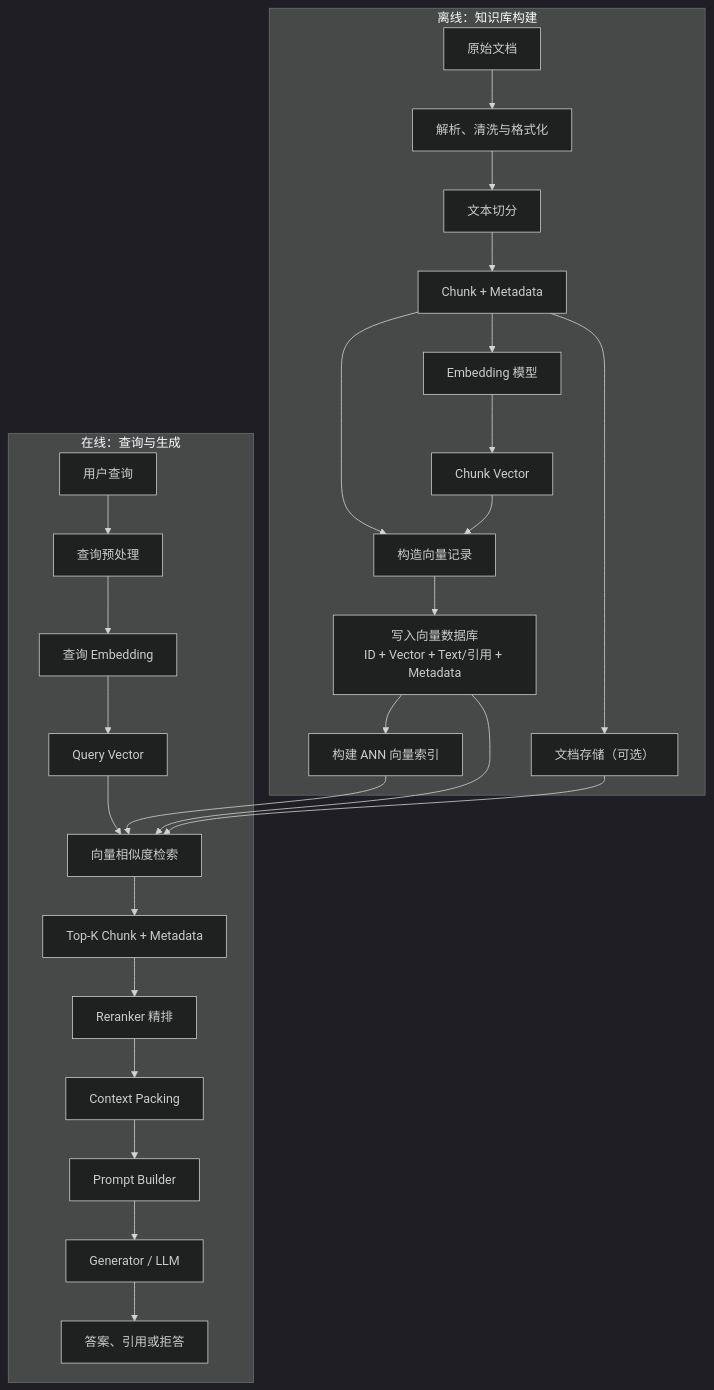
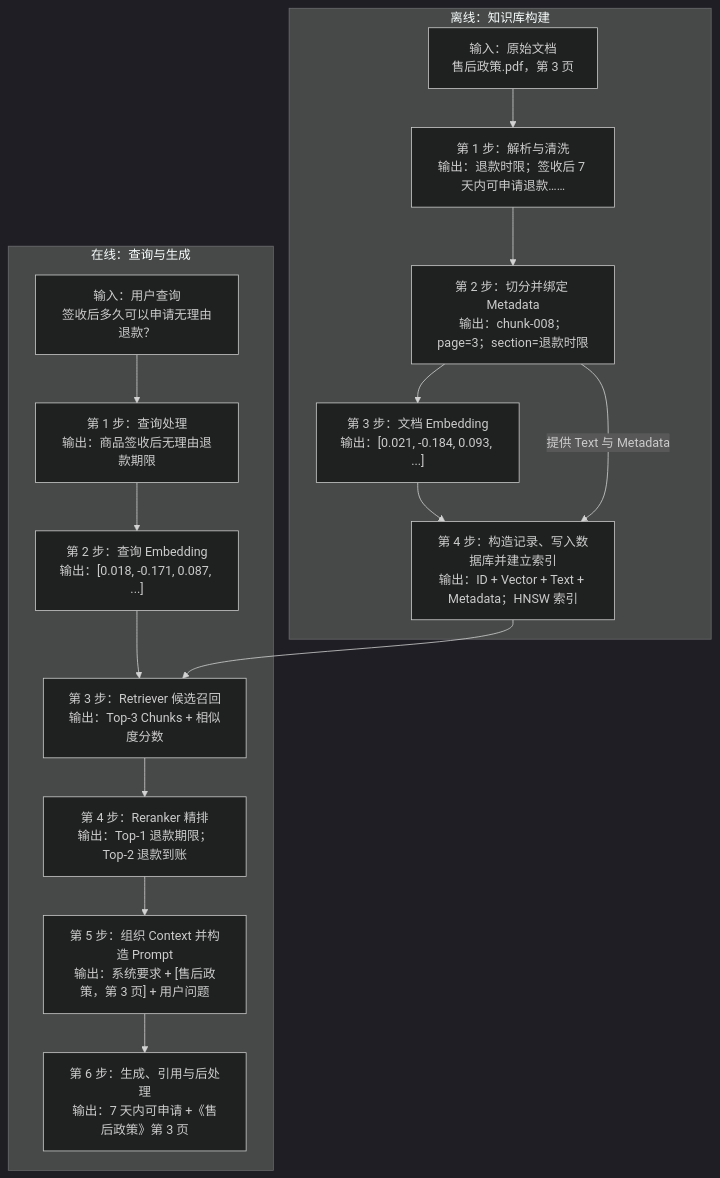
Before and after one commit to hitbug-11/RAG: the second of 3 diagrams in notes/01-rag-data-flow.md, drawn with Mermaid (dark theme).

Commit message:
docs: add data examples to RAG flowchart

````diff
--- a/notes/01-rag-data-flow.md
+++ b/notes/01-rag-data-flow.md
@@ -67,36 +67,27 @@
 ```mermaid
 flowchart TB
     subgraph OFFLINE["离线：知识库构建"]
-        D["原始文档"] --> P["解析、清洗与格式化"]
-        P --> C["文本切分"]
-        C --> CM["Chunk + Metadata"]
+        D["输入：原始文档<br/>售后政策.pdf，第 3 页"]
+        P["第 1 步：解析与清洗<br/>输出：退款时限；签收后 7 天内可申请退款……"]
+        CM["第 2 步：切分并绑定 Metadata<br/>输出：chunk-008；page=3；section=退款时限"]
+        E["第 3 步：文档 Embedding<br/>输出：[0.021, -0.184, 0.093, ...]"]
+        DB["第 4 步：构造记录、写入数据库并建立索引<br/>输出：ID + Vector + Text + Metadata；HNSW 索引"]
 
-        CM --> E["Embedding 模型"]
-        E --> V["Chunk Vector"]
-
-        CM --> REC["构造向量记录"]
-        V --> REC
-        REC --> DB["写入向量数据库<br/>ID + Vector + Text/引用 + Metadata"]
-        DB --> ANN["构建 ANN 向量索引"]
-
-        CM --> DS["文档存储（可选）"]
+        D --> P --> CM --> E --> DB
+        CM -->|提供 Text 与 Metadata| DB
     end
 
     subgraph ONLINE["在线：查询与生成"]
-        Q["用户查询"] --> QP["查询预处理"]
-        QP --> QE["查询 Embedding"]
-        QE --> QV["Query Vector"]
+        Q["输入：用户查询<br/>签收后多久可以申请无理由退款？"]
+        QP["第 1 步：查询处理<br/>输出：商品签收后无理由退款期限"]
+        QE["第 2 步：查询 Embedding<br/>输出：[0.018, -0.171, 0.087, ...]"]
+        RET["第 3 步：Retriever 候选召回<br/>输出：Top-3 Chunks + 相似度分数"]
+        RR["第 4 步：Reranker 精排<br/>输出：Top-1 退款期限；Top-2 退款到账"]
+        PB["第 5 步：组织 Context 并构造 Prompt<br/>输出：系统要求 + [售后政策，第 3 页] + 用户问题"]
+        O["第 6 步：生成、引用与后处理<br/>输出：7 天内可申请 +《售后政策》第 3 页"]
 
-        QV --> RET["向量相似度检索"]
-        ANN --> RET
+        Q --> QP --> QE --> RET
         DB --> RET
-        DS --> RET
-
-        RET --> TOPK["Top-K Chunk + Metadata"]
-        TOPK --> RR["Reranker 精排"]
-        RR --> CP["Context Packing"]
-        CP --> PB["Prompt Builder"]
-        PB --> G["Generator / LLM"]
-        G --> O["答案、引用或拒答"]
+        RET --> RR --> PB --> O
     end
 ```
````
